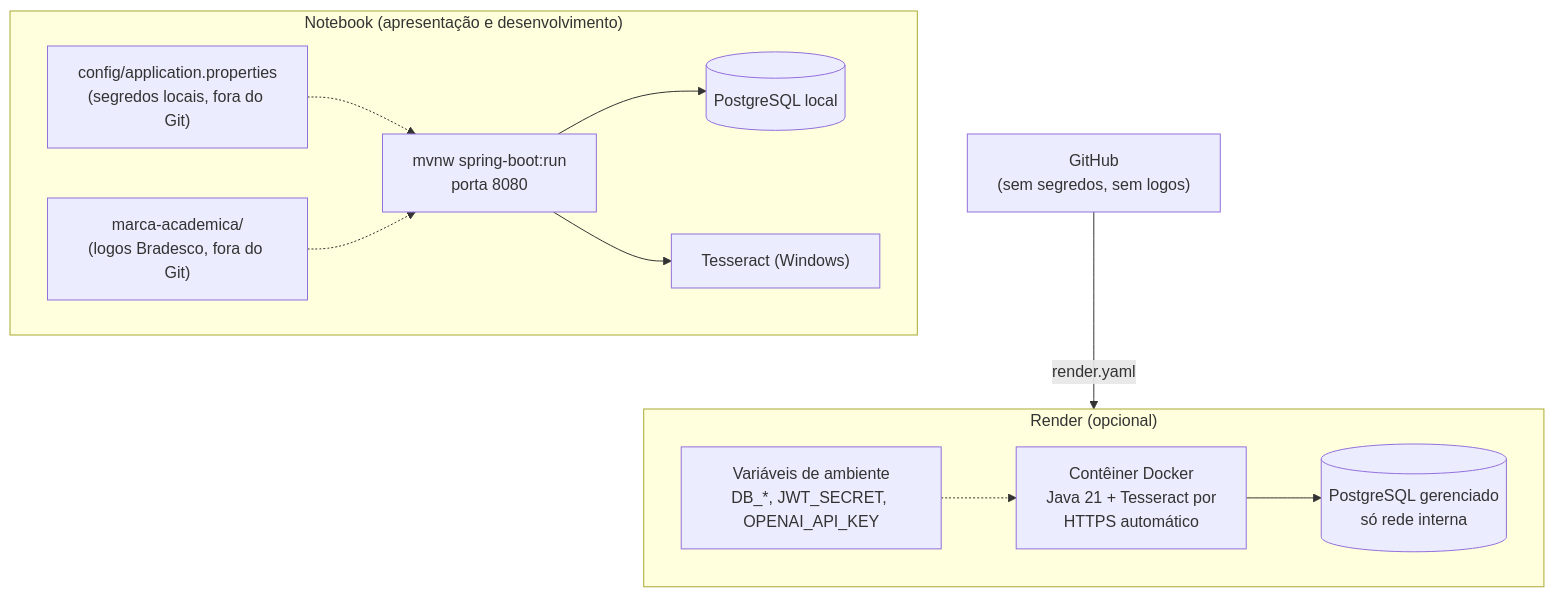
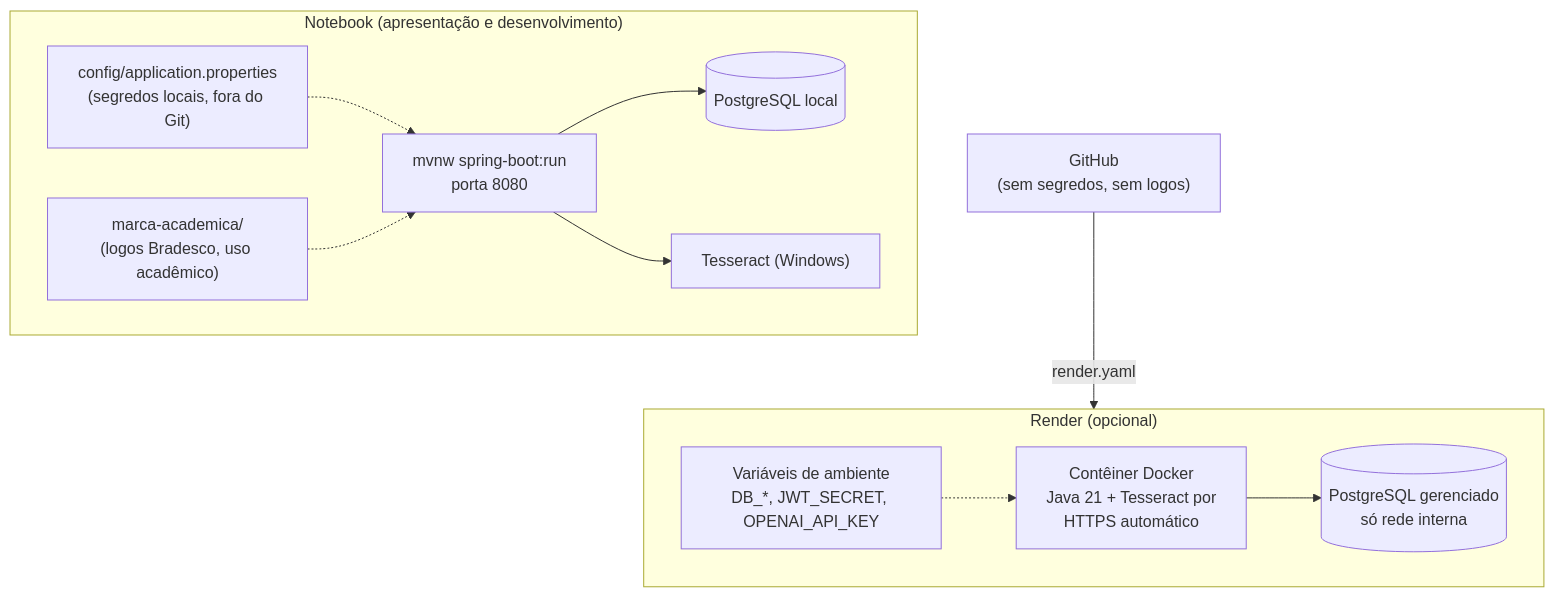
The diagram in docs/diagramas/implantacao.mmd (HeitorCabralDeBrito/analise-boleto), drawn with Mermaid before and after one commit. The commit also changed 14 other files, not shown here.

```diff
--- a/docs/diagramas/implantacao.mmd
+++ b/docs/diagramas/implantacao.mmd
@@ -1,12 +1,12 @@
 flowchart TB
     subgraph Local["Notebook (apresentação e desenvolvimento)"]
         A1["mvnw spring-boot:run<br/>porta 8080"] --> P1[("PostgreSQL local")]
         A1 --> T1["Tesseract (Windows)"]
         CFG["config/application.properties<br/>(segredos locais, fora do Git)"] -.-> A1
-        LOGO["marca-academica/<br/>(logos Bradesco, fora do Git)"] -.-> A1
+        LOGO["marca-academica/<br/>(logos Bradesco, uso acadêmico)"] -.-> A1
     end
     subgraph Render["Render (opcional)"]
         A2["Contêiner Docker<br/>Java 21 + Tesseract por<br/>HTTPS automático"] --> P2[("PostgreSQL gerenciado<br/>só rede interna")]
         ENV["Variáveis de ambiente<br/>DB_*, JWT_SECRET, OPENAI_API_KEY"] -.-> A2
     end
     GH["GitHub<br/>(sem segredos, sem logos)"] -- "render.yaml" --> Render
```
